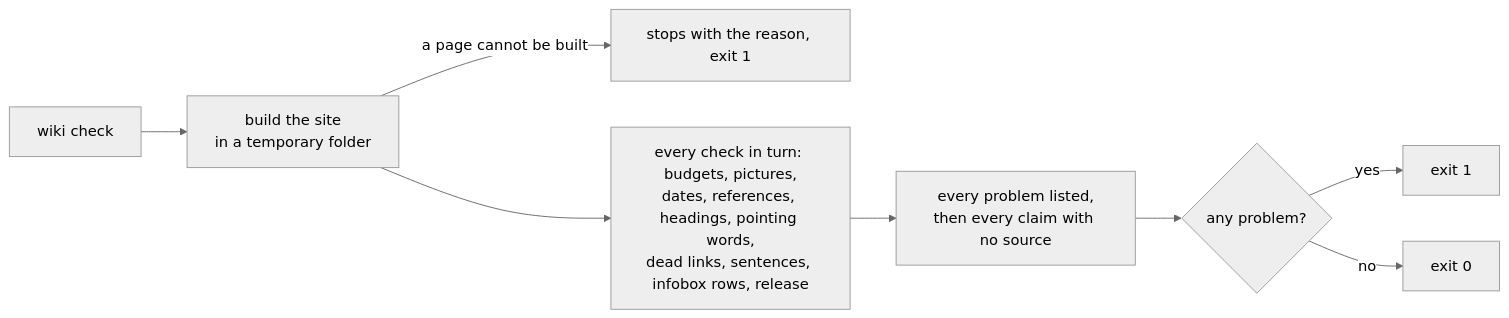
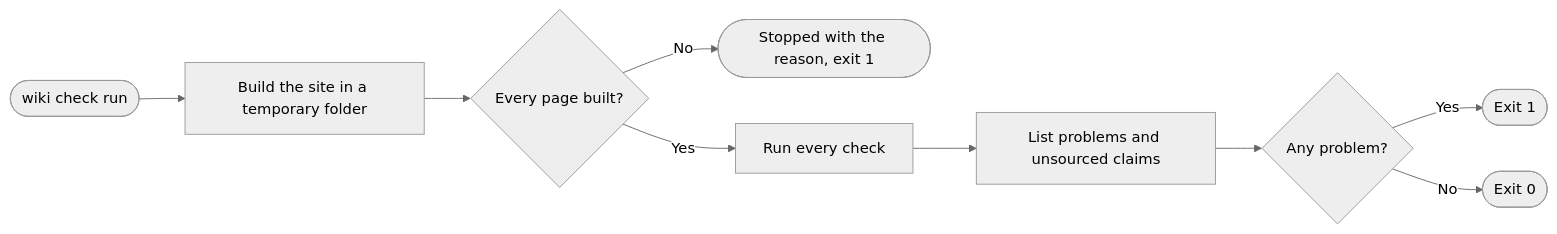
The diagram in docs/wiki/pages/checks.md (timothymarois/wiki-builder), drawn with Mermaid (neutral theme) before and after one commit. The commit also changed other lines of this file and 28 other files, not shown here.

First line of the commit message:
Flowcharts reference, redrawn diagrams, and no vague actors

````diff
--- a/docs/wiki/pages/checks.md
+++ b/docs/wiki/pages/checks.md
@@ -43,10 +43,11 @@
 ```mermaid
 flowchart LR
-  run["wiki check"] --> build["build the site<br/>in a temporary folder"]
-  build -- "a page cannot be built" --> stopped["stops with the reason, exit 1"]
-  build --> checks["every check in turn: budgets, pictures,<br/>dates, references, headings, pointing words,<br/>dead links, sentences, infobox rows, release"]
-  checks --> listed["every problem listed,<br/>then every claim with no source"]
-  listed --> any{"any problem?"}
-  any -- yes --> one["exit 1"]
-  any -- no --> zero["exit 0"]
+  accTitle: What wiki check does
+  accDescr: wiki check builds the site in a temporary folder. A page that cannot be built stops it with exit code 1; otherwise it runs every check, lists every problem and every claim with no source, and exits 1 if there is a problem or 0 if not.
+  run(["wiki check run"]) --> build["Build the site in a temporary folder"] --> built{"Every page built?"}
+  built -- "No" --> stopped(["Stopped with the reason, exit 1"])
+  built -- "Yes" --> checks["Run every check"] --> list["List problems and unsourced claims"]
+  list --> any{"Any problem?"}
+  any -- "Yes" --> failed(["Exit 1"])
+  any -- "No" --> passed(["Exit 0"])
 ```
````
